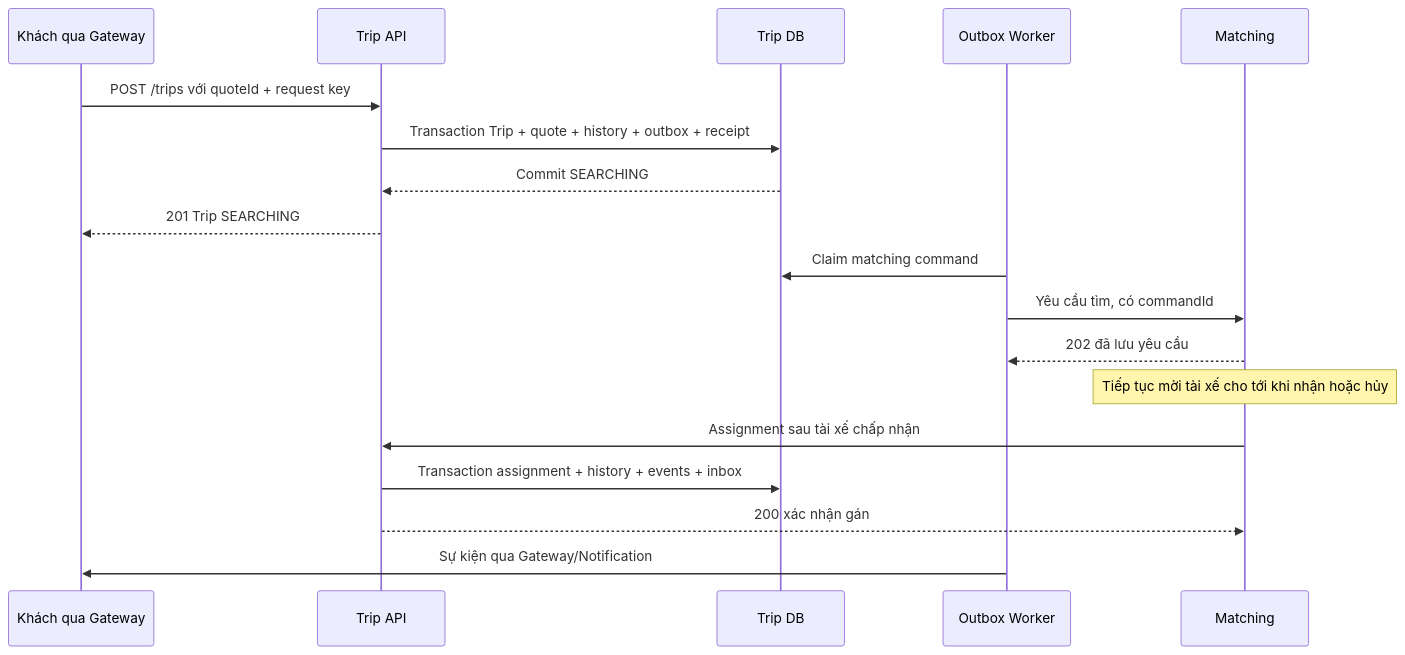
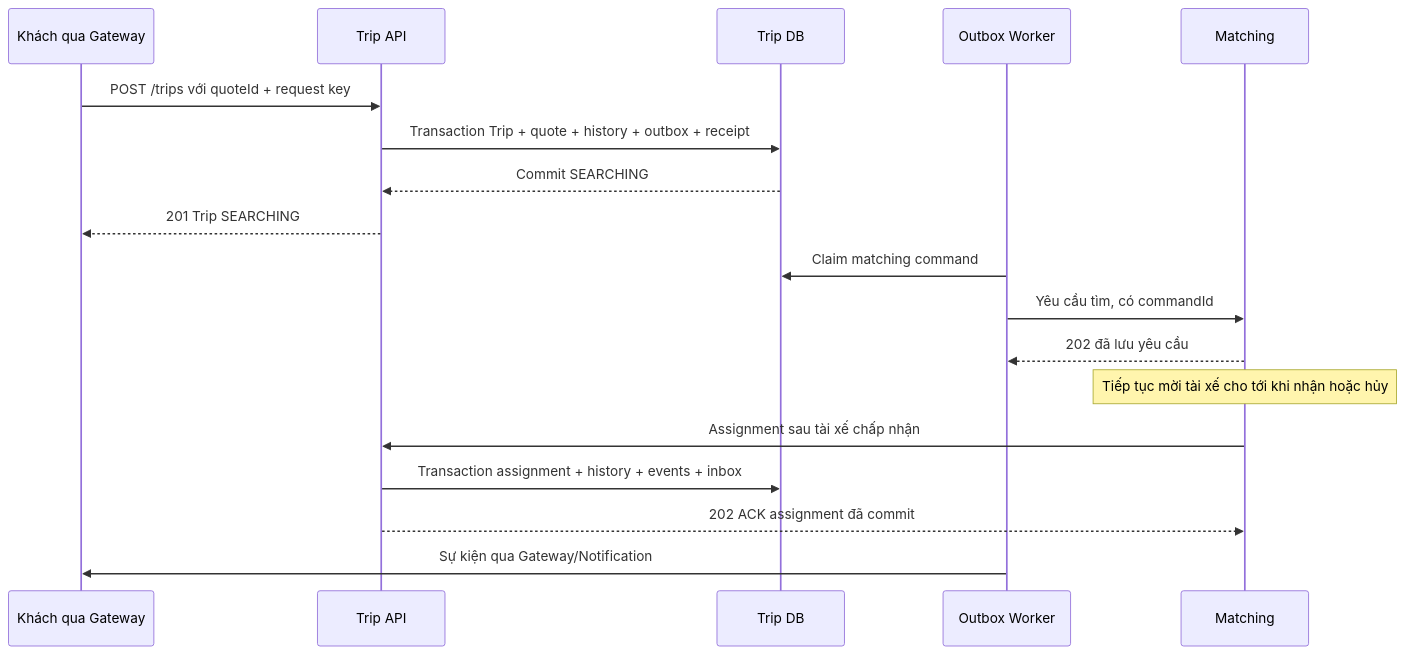
Before and after one commit to fukdinh136/chande: the third of 3 diagrams in service/trip-service/docs/kien-truc.md, drawn with Mermaid. The commit also changed other lines of this file and 7 other files, not shown here.

````diff
--- a/service/trip-service/docs/kien-truc.md
+++ b/service/trip-service/docs/kien-truc.md
@@ -145,20 +147,20 @@
 ```mermaid
 sequenceDiagram
     participant Rider as Khách qua Gateway
     participant API as Trip API
     participant DB as Trip DB
     participant W as Outbox Worker
     participant M as Matching
     Rider->>API: POST /trips với quoteId + request key
     API->>DB: Transaction Trip + quote + history + outbox + receipt
     DB-->>API: Commit SEARCHING
     API-->>Rider: 201 Trip SEARCHING
     W->>DB: Claim matching command
     W->>M: Yêu cầu tìm, có commandId
     M-->>W: 202 đã lưu yêu cầu
     Note over M: Tiếp tục mời tài xế cho tới khi nhận hoặc hủy
     M->>API: Assignment sau tài xế chấp nhận
     API->>DB: Transaction assignment + history + events + inbox
-    API-->>M: 200 xác nhận gán
+    API-->>M: 202 ACK assignment đã commit
     W->>Rider: Sự kiện qua Gateway/Notification
 ```
````
